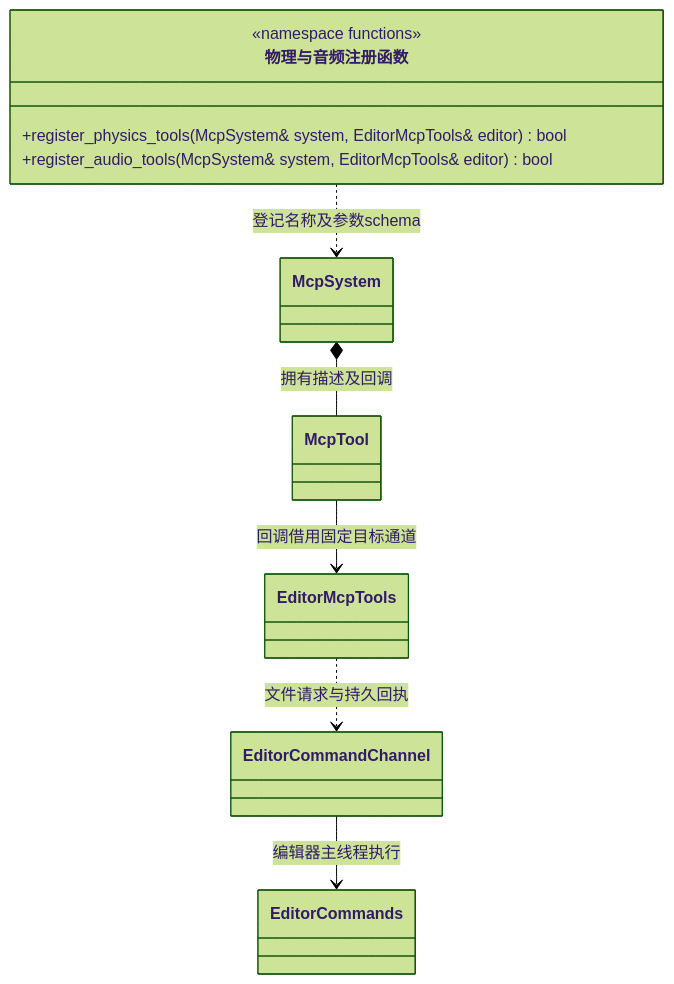
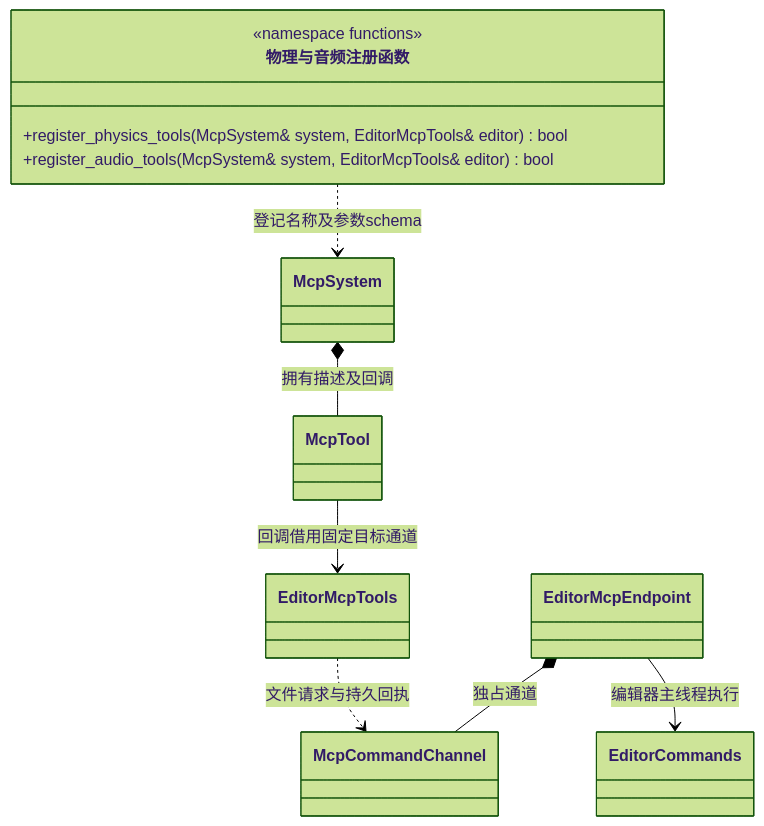
One commit to lcals/Engine changed the diagram in docs/plugins/editor/class-diagrams/physics-audio-mcp-tools.md. Above: the diagram before and after it, drawn with Mermaid (forest theme). The commit also changed 63 other files, not shown here.

````diff
--- a/docs/plugins/editor/class-diagrams/physics-audio-mcp-tools.md
+++ b/docs/plugins/editor/class-diagrams/physics-audio-mcp-tools.md
@@ -7,18 +7,20 @@
 ```mermaid
 classDiagram
     class ComponentMcpRegistration["物理与音频注册函数"] {
         <<namespace functions>>
         +register_physics_tools(McpSystem& system, EditorMcpTools& editor) bool
         +register_audio_tools(McpSystem& system, EditorMcpTools& editor) bool
     }
     class McpSystem
     class McpTool
     class EditorMcpTools
-    class EditorCommandChannel
+    class EditorMcpEndpoint
+    class McpCommandChannel
     class EditorCommands
     ComponentMcpRegistration ..> McpSystem : 登记名称及参数schema
     McpSystem *-- McpTool : 拥有描述及回调
     McpTool --> EditorMcpTools : 回调借用固定目标通道
-    EditorMcpTools ..> EditorCommandChannel : 文件请求与持久回执
-    EditorCommandChannel --> EditorCommands : 编辑器主线程执行
+    EditorMcpTools ..> McpCommandChannel : 文件请求与持久回执
+    EditorMcpEndpoint *-- McpCommandChannel : 独占通道
+    EditorMcpEndpoint --> EditorCommands : 编辑器主线程执行
 ```
````
